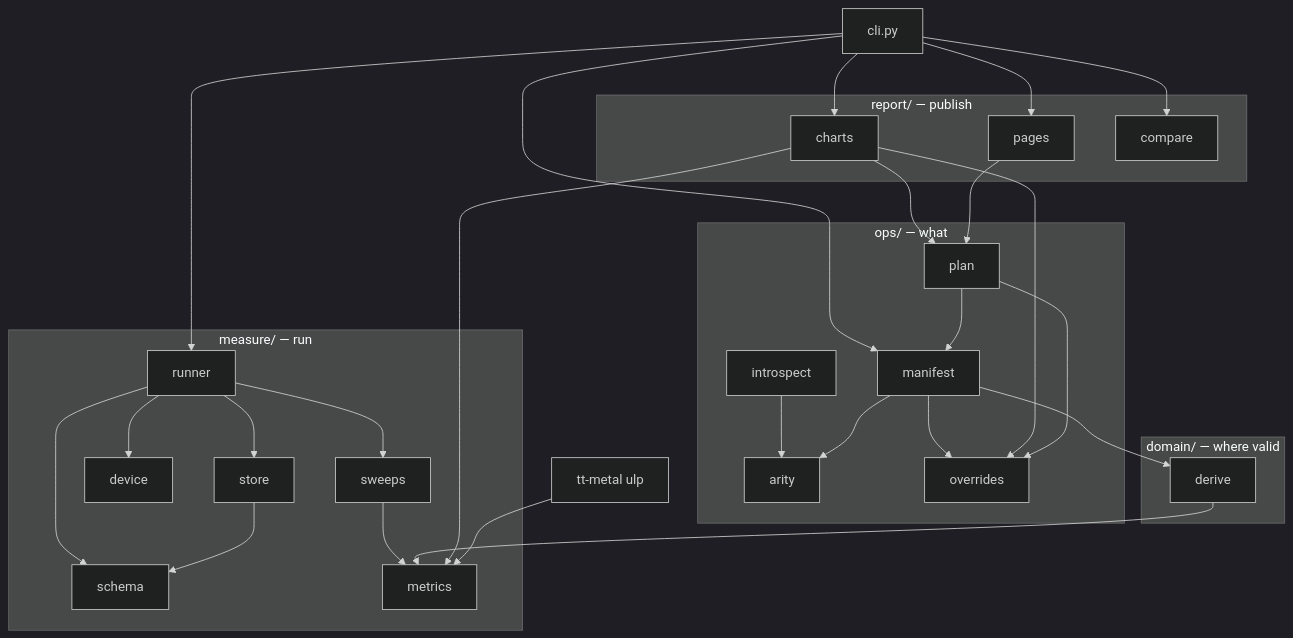
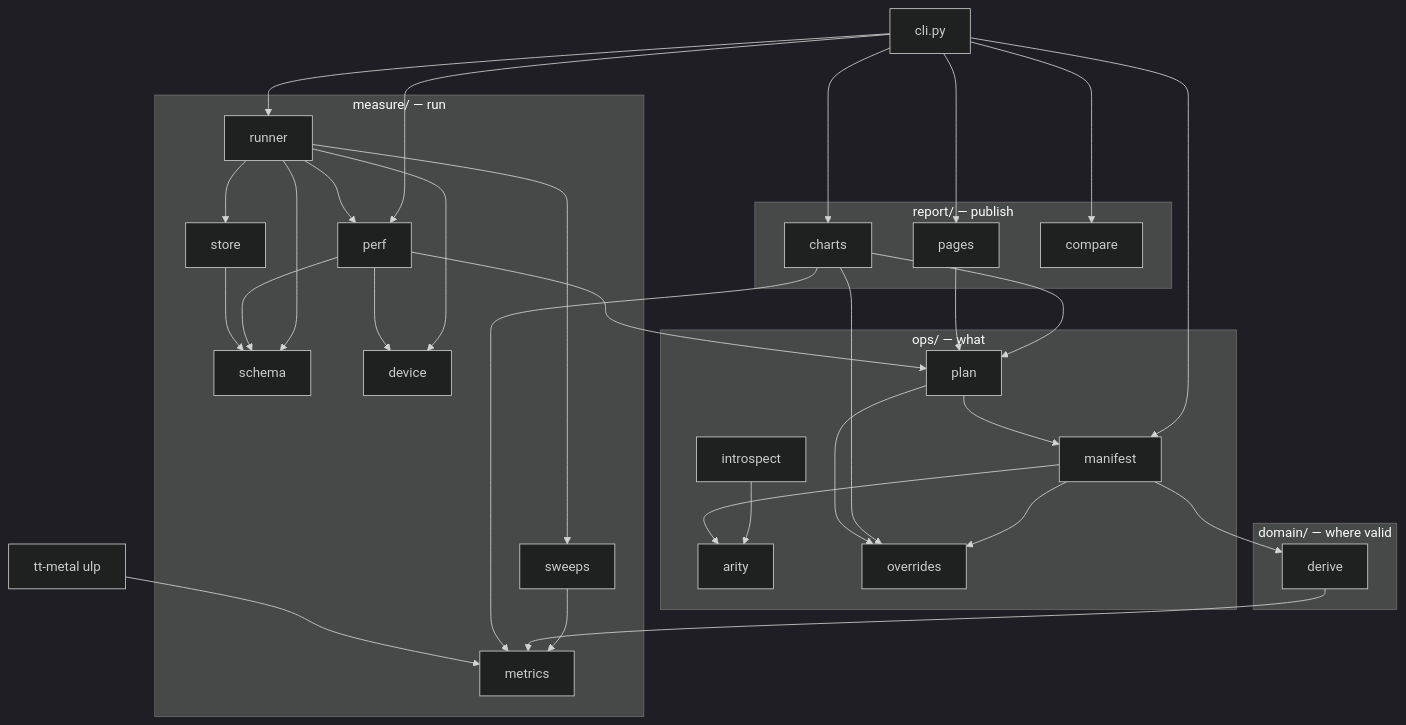
The third of 4 diagrams in docs/architecture.md (tenstorrent/tt-eltwise-accuracy-report), drawn with Mermaid (dark theme) before and after one commit. The commit also changed other lines of this file, not shown here.

Commit message:
docs: add perf to the technical overview

````diff
--- a/docs/architecture.md
+++ b/docs/architecture.md
@@ -84,41 +91,43 @@
 ```mermaid
 flowchart TB
     CLI["cli.py"]
 
     subgraph ops["ops/ — what"]
         INT["introspect"] --> ARI["arity"]
         MAN["manifest"]
         PLN["plan"]
         OVR["overrides"]
     end
 
     subgraph dom["domain/ — where valid"]
         DER["derive"]
     end
 
     subgraph meas["measure/ — run"]
         SCH["schema"]
         MET["metrics"]
         SWP["sweeps"]
         DEV["device"]
         STO["store"]
         RUN["runner"]
+        PRF["perf"]
     end
 
     subgraph rep["report/ — publish"]
         CHT["charts"]
         PAG["pages"]
         CMP["compare"]
     end
 
-    CLI --> MAN & RUN & CHT & PAG & CMP
+    CLI --> MAN & RUN & PRF & CHT & PAG & CMP
     MAN --> ARI & DER & OVR
-    RUN --> DEV & SWP & STO & SCH
+    RUN --> DEV & SWP & STO & SCH & PRF
+    PRF --> DEV & SCH & PLN
     SWP --> MET
     STO --> SCH
     DER --> MET
     CHT --> MET & PLN & OVR
     PAG --> PLN
     PLN --> MAN & OVR
     TTM["tt-metal ulp"] --> MET
 ```
````
